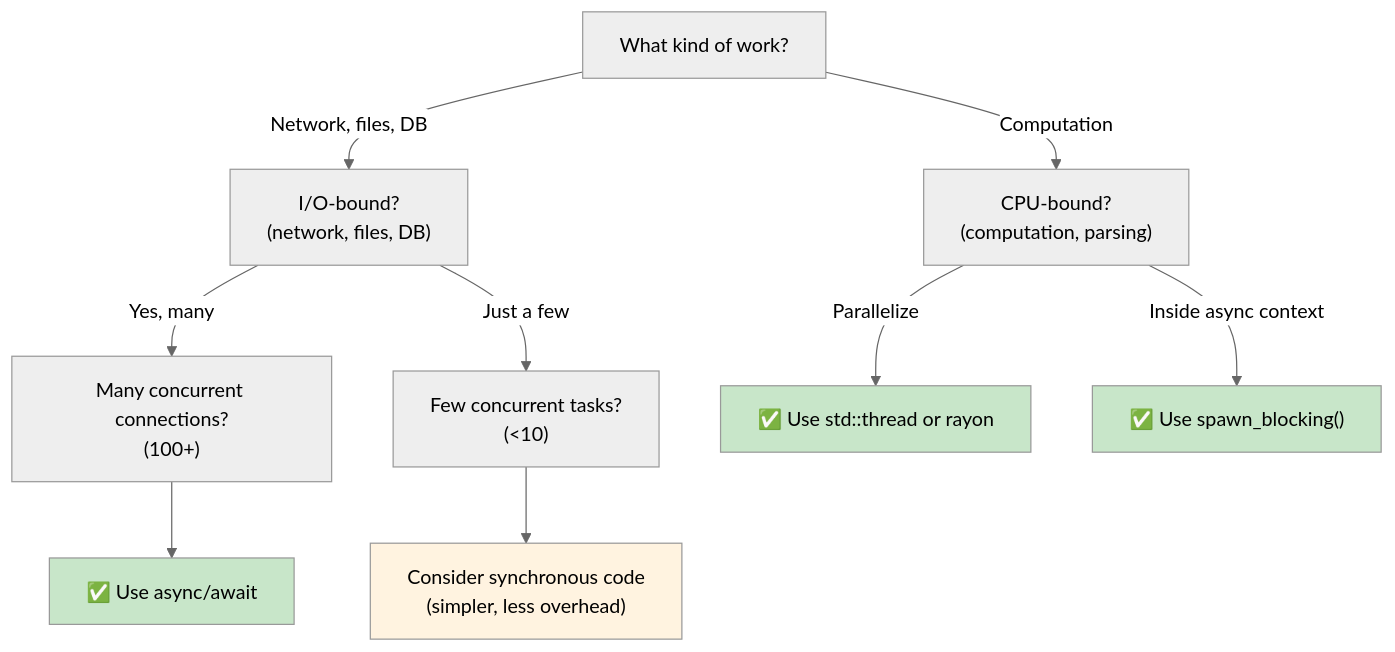
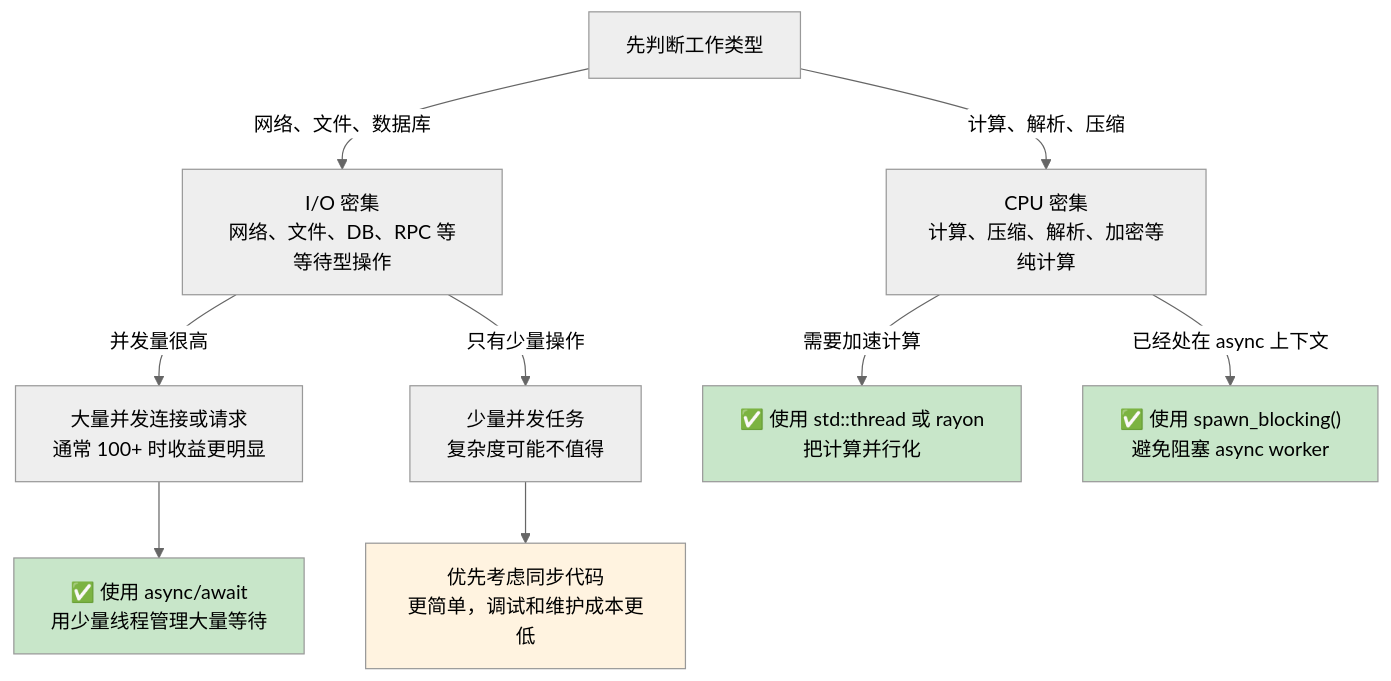
Before and after one commit to hearsay316/RustTraining: the second of 2 diagrams in async-book/src-zh/ch01-why-async-is-different-in-rust.md, drawn with Mermaid (neutral theme). The commit also changed other lines of this file and 18 other files, not shown here.

````diff
--- a/async-book/src-zh/ch01-why-async-is-different-in-rust.md
+++ b/async-book/src-zh/ch01-why-async-is-different-in-rust.md
@@ -95,28 +104,28 @@
 ```mermaid
 graph TD
-    START["What kind of work?"]
+    START["先判断工作类型"]
 
-    IO["I/O-bound?<br/>(network, files, DB)"]
-    CPU["CPU-bound?<br/>(computation, parsing)"]
-    MANY["Many concurrent connections?<br/>(100+)"]
-    FEW["Few concurrent tasks?<br/>(<10)"]
+    IO["I/O 密集<br/>网络、文件、DB、RPC 等等待型操作"]
+    CPU["CPU 密集<br/>计算、压缩、解析、加密等纯计算"]
+    MANY["大量并发连接或请求<br/>通常 100+ 时收益更明显"]
+    FEW["少量并发任务<br/>复杂度可能不值得"]
 
-    USE_ASYNC["✅ Use async/await"]
-    USE_THREADS["✅ Use std::thread or rayon"]
-    USE_SPAWN_BLOCKING["✅ Use spawn_blocking()"]
-    MAYBE_SYNC["Consider synchronous code<br/>(simpler, less overhead)"]
+    USE_ASYNC["✅ 使用 async/await<br/>用少量线程管理大量等待"]
+    USE_THREADS["✅ 使用 std::thread 或 rayon<br/>把计算并行化"]
+    USE_SPAWN_BLOCKING["✅ 使用 spawn_blocking()<br/>避免阻塞 async worker"]
+    MAYBE_SYNC["优先考虑同步代码<br/>更简单，调试和维护成本更低"]
 
-    START -->|Network, files, DB| IO
-    START -->|Computation| CPU
-    IO -->|Yes, many| MANY
-    IO -->|Just a few| FEW
+    START -->|网络、文件、数据库| IO
+    START -->|计算、解析、压缩| CPU
+    IO -->|并发量很高| MANY
+    IO -->|只有少量操作| FEW
     MANY --> USE_ASYNC
     FEW --> MAYBE_SYNC
-    CPU -->|Parallelize| USE_THREADS
-    CPU -->|Inside async context| USE_SPAWN_BLOCKING
+    CPU -->|需要加速计算| USE_THREADS
+    CPU -->|已经处在 async 上下文| USE_SPAWN_BLOCKING
 
     style USE_ASYNC fill:#c8e6c9,color:#000
     style USE_THREADS fill:#c8e6c9,color:#000
     style USE_SPAWN_BLOCKING fill:#c8e6c9,color:#000
     style MAYBE_SYNC fill:#fff3e0,color:#000
 ```
````
